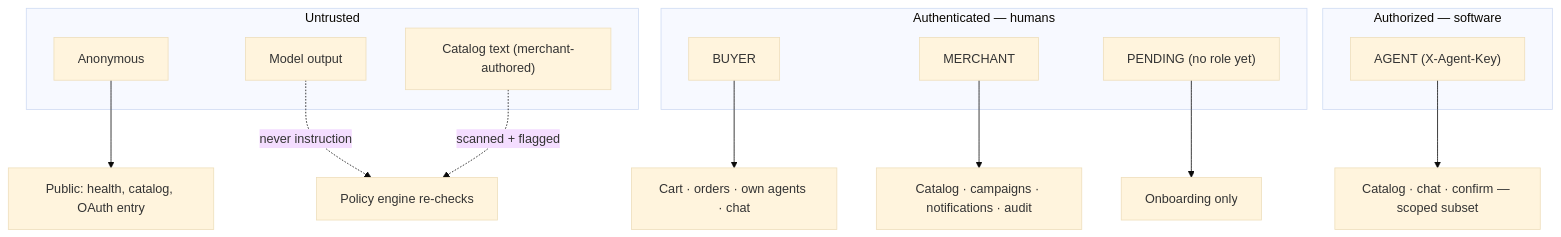
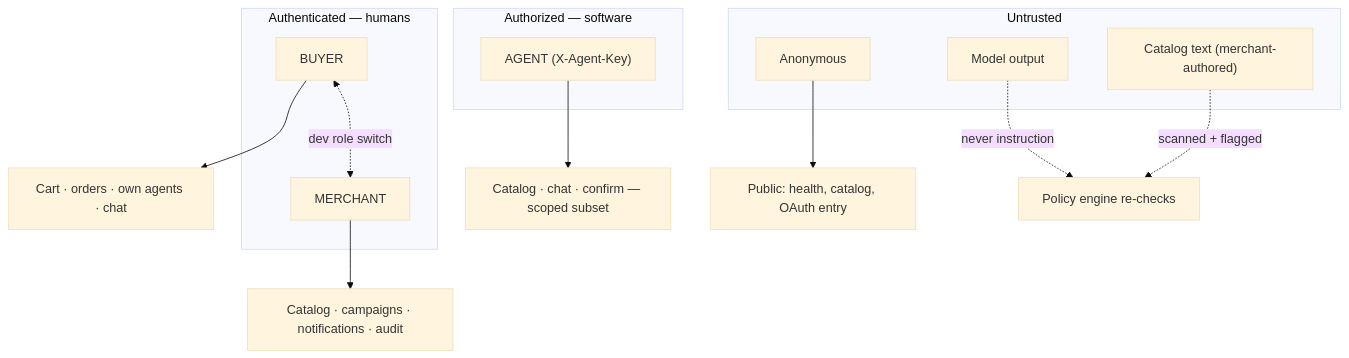
One commit to Bhuvanesh726/Agent_razorpay changed the seventh of 8 diagrams in docs/ARCHITECTURE.md. Above: the diagram before and after it, drawn with Mermaid (base theme). The commit also changed other lines of this file and 22 other files, not shown here.

````diff
--- a/docs/ARCHITECTURE.md
+++ b/docs/ARCHITECTURE.md
@@ -492,25 +493,24 @@
 ```mermaid
 graph TB
     subgraph untrusted["Untrusted"]
         anon["Anonymous"]
         model["Model output"]
         catalog_txt["Catalog text (merchant-authored)"]
     end
     subgraph authed["Authenticated — humans"]
         b["BUYER"]
         m["MERCHANT"]
-        p["PENDING (no role yet)"]
     end
     subgraph authzd["Authorized — software"]
         ag["AGENT (X-Agent-Key)"]
     end
 
     anon --> pub["Public: health, catalog, OAuth entry"]
-    p --> onb["Onboarding only"]
     b --> bz["Cart · orders · own agents · chat"]
+    b <-.->|"dev role switch"| m
     m --> mz["Catalog · campaigns · notifications · audit"]
     ag --> az["Catalog · chat · confirm — scoped subset"]
 
     model -.->|"never instruction"| policy["Policy engine re-checks"]
     catalog_txt -.->|"scanned + flagged"| policy
 ```
````
